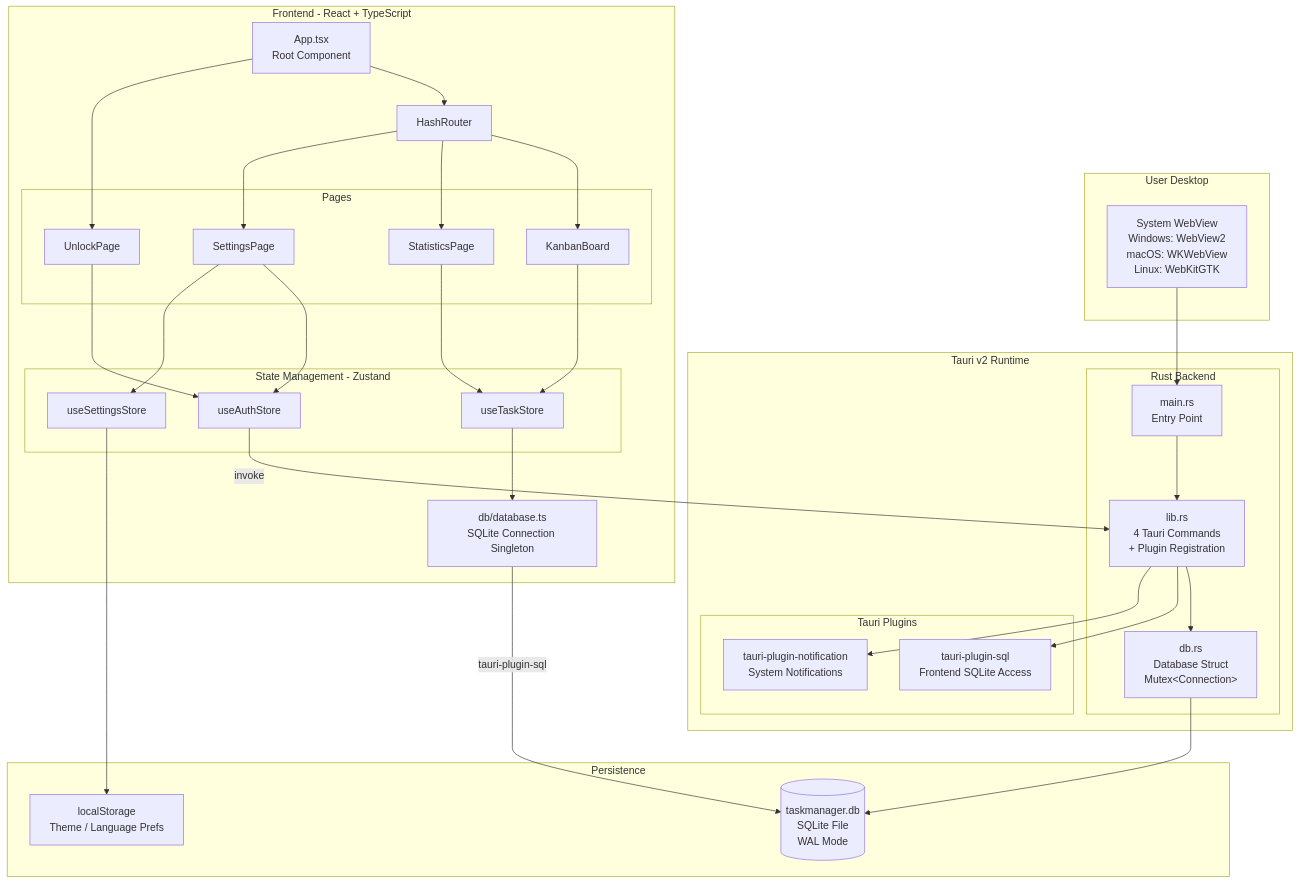
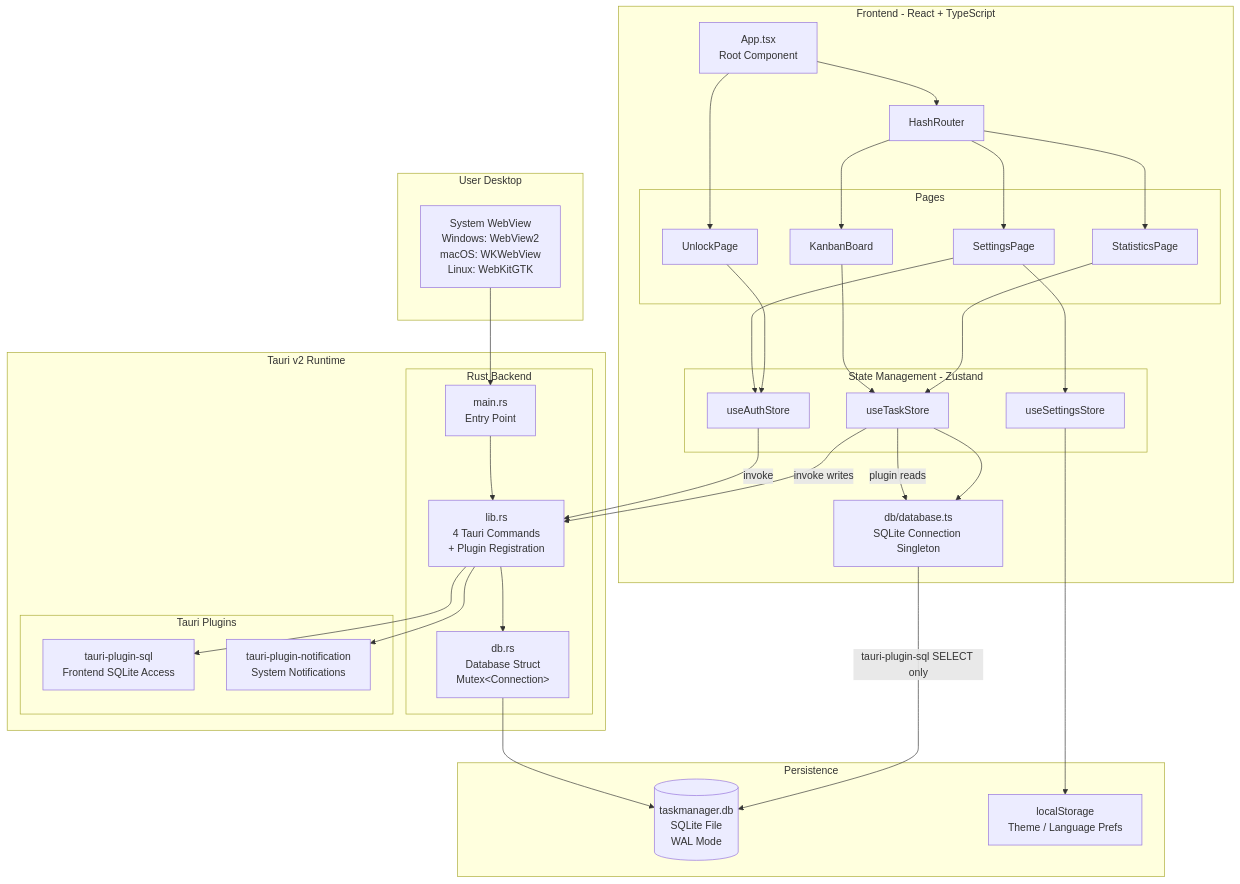
Before and after one commit to kindywu/task-manager: the first of 12 diagrams in docs/ARCHITECTURE.md, drawn with Mermaid. The commit also changed other lines of this file and 7 other files, not shown here.

````diff
--- a/docs/ARCHITECTURE.md
+++ b/docs/ARCHITECTURE.md
@@ -231,61 +244,63 @@
 ```mermaid
 graph TB
     subgraph "User Desktop"
         WV["System WebView<br/>Windows: WebView2<br/>macOS: WKWebView<br/>Linux: WebKitGTK"]
     end
 
     subgraph "Tauri v2 Runtime"
         subgraph "Rust Backend"
             MAIN["main.rs<br/>Entry Point"]
             LIB["lib.rs<br/>4 Tauri Commands<br/>+ Plugin Registration"]
             DB_RS["db.rs<br/>Database Struct<br/>Mutex&lt;Connection&gt;"]
         end
         subgraph "Tauri Plugins"
             SQL_PLUGIN["tauri-plugin-sql<br/>Frontend SQLite Access"]
             NOTIF_PLUGIN["tauri-plugin-notification<br/>System Notifications"]
         end
     end
 
     subgraph "Frontend - React + TypeScript"
         APP["App.tsx<br/>Root Component"]
         ROUTER["HashRouter"]
         subgraph "Pages"
             KANBAN["KanbanBoard"]
             STATS["StatisticsPage"]
             SETTINGS["SettingsPage"]
             UNLOCK["UnlockPage"]
         end
         subgraph "State Management - Zustand"
             AUTH_STORE["useAuthStore"]
             TASK_STORE["useTaskStore"]
             SETTINGS_STORE["useSettingsStore"]
         end
         DB_FE["db/database.ts<br/>SQLite Connection Singleton"]
     end
 
     subgraph "Persistence"
         DB_FILE[("taskmanager.db<br/>SQLite File<br/>WAL Mode")]
         LS["localStorage<br/>Theme / Language Prefs"]
     end
 
     MAIN --> LIB
     LIB --> DB_RS
     LIB --> SQL_PLUGIN
     LIB --> NOTIF_PLUGIN
     DB_RS --> DB_FILE
-    DB_FE -->|tauri-plugin-sql| DB_FILE
+    DB_FE -->|tauri-plugin-sql SELECT only| DB_FILE
     AUTH_STORE -->|invoke| LIB
+    TASK_STORE -->|invoke writes| LIB
+    TASK_STORE -->|plugin reads| DB_FE
     WV --> MAIN
     APP --> ROUTER
     ROUTER --> KANBAN
     ROUTER --> STATS
     ROUTER --> SETTINGS
     APP --> UNLOCK
     KANBAN --> TASK_STORE
     STATS --> TASK_STORE
     SETTINGS --> AUTH_STORE
     SETTINGS --> SETTINGS_STORE
     UNLOCK --> AUTH_STORE
     TASK_STORE --> DB_FE
     SETTINGS_STORE --> LS
 ```
````
